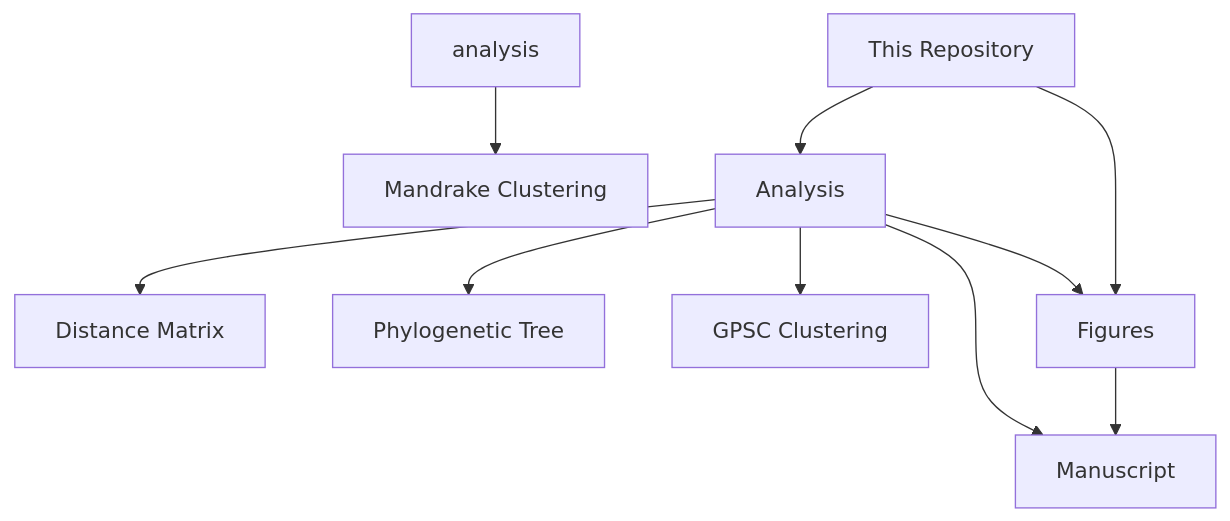
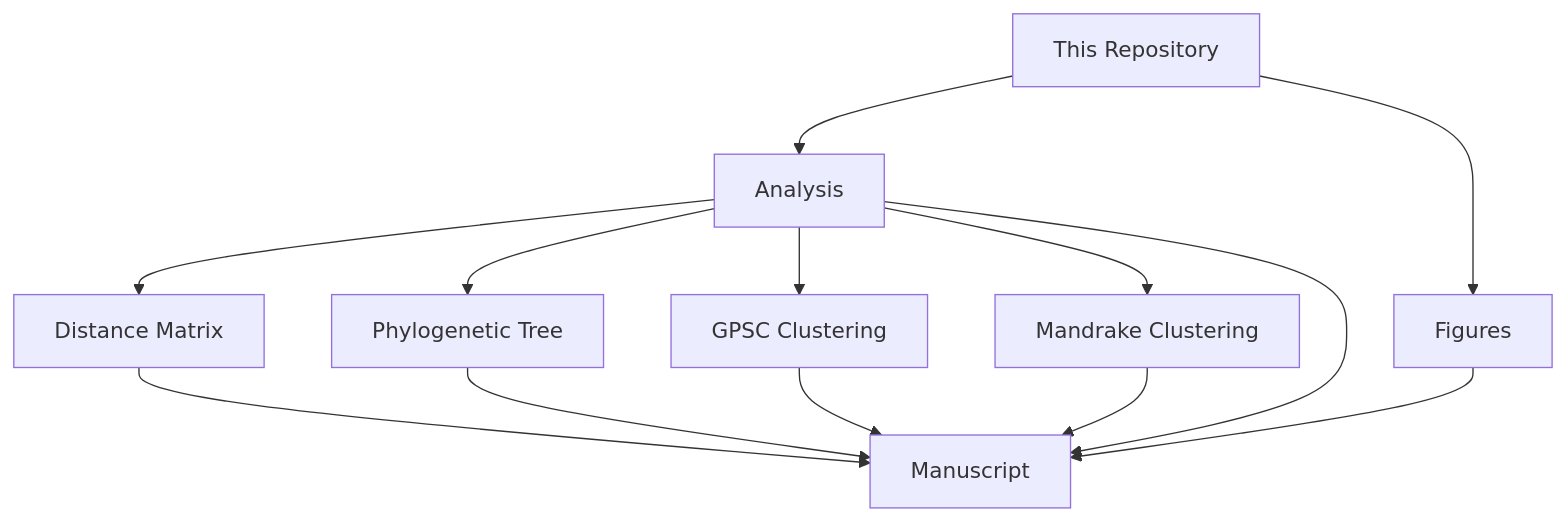
One commit to duncanberger/backup_pgl2024 changed the diagram in README.md. Above: the diagram before and after it, drawn with Mermaid.

````diff
--- a/README.md
+++ b/README.md
@@ -30,38 +30,40 @@
 ```mermaid
 graph TD;
 repo[This Repository]
 dist[Distance Matrix]
 tree[Phylogenetic Tree]
 clust[GPSC Clustering]
 clust2[Mandrake Clustering]
-
 repo-->Analysis;
 Analysis-->dist;
 Analysis-->tree;
 Analysis-->clust;
-analysis-->clust2;
+Analysis-->clust2;
+dist-->Manuscript;
+tree-->Manuscript;
+clust-->Manuscript;
+clust2-->Manuscript;
 repo-->Figures;
-Analysis-->Figures;
 Figures-->Manuscript;
 Analysis-->Manuscript;
 
 
 
 
 
 
 
 
 
 
 
 
 
 
 
 
 
 
 
 
 ```
````
